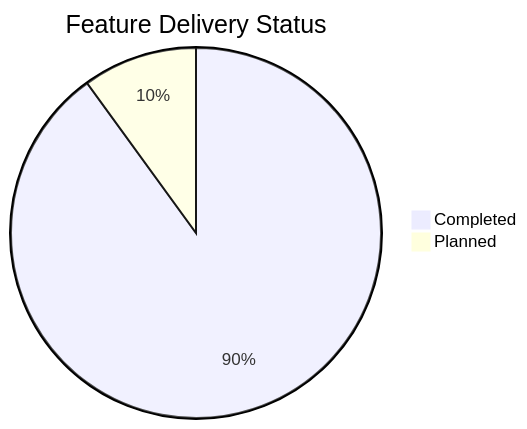
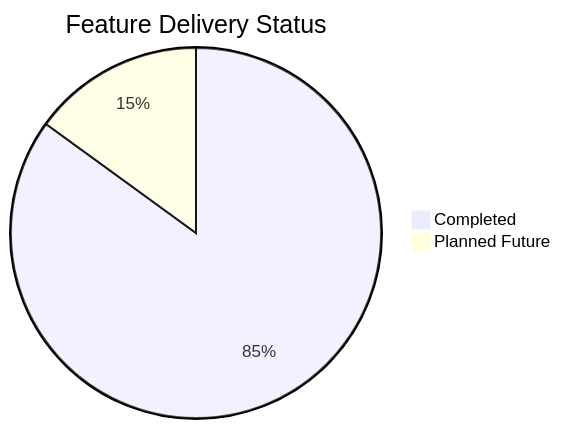
The diagram in docs/03-product/roadmap.md (Khoa180806/token-diff), drawn with Mermaid before and after one commit. The commit also changed other lines of this file and 1 other file, not shown here.

Commit message:
docs(product): update changelog with v0.2.0 and expand future roadmap

````diff
--- a/docs/03-product/roadmap.md
+++ b/docs/03-product/roadmap.md
@@ -9,5 +9,5 @@
 ```mermaid
 pie title Feature Delivery Status
-    "Completed" : 90
-    "Planned" : 10
+    "Completed" : 85
+    "Planned Future" : 15
 ```
````
